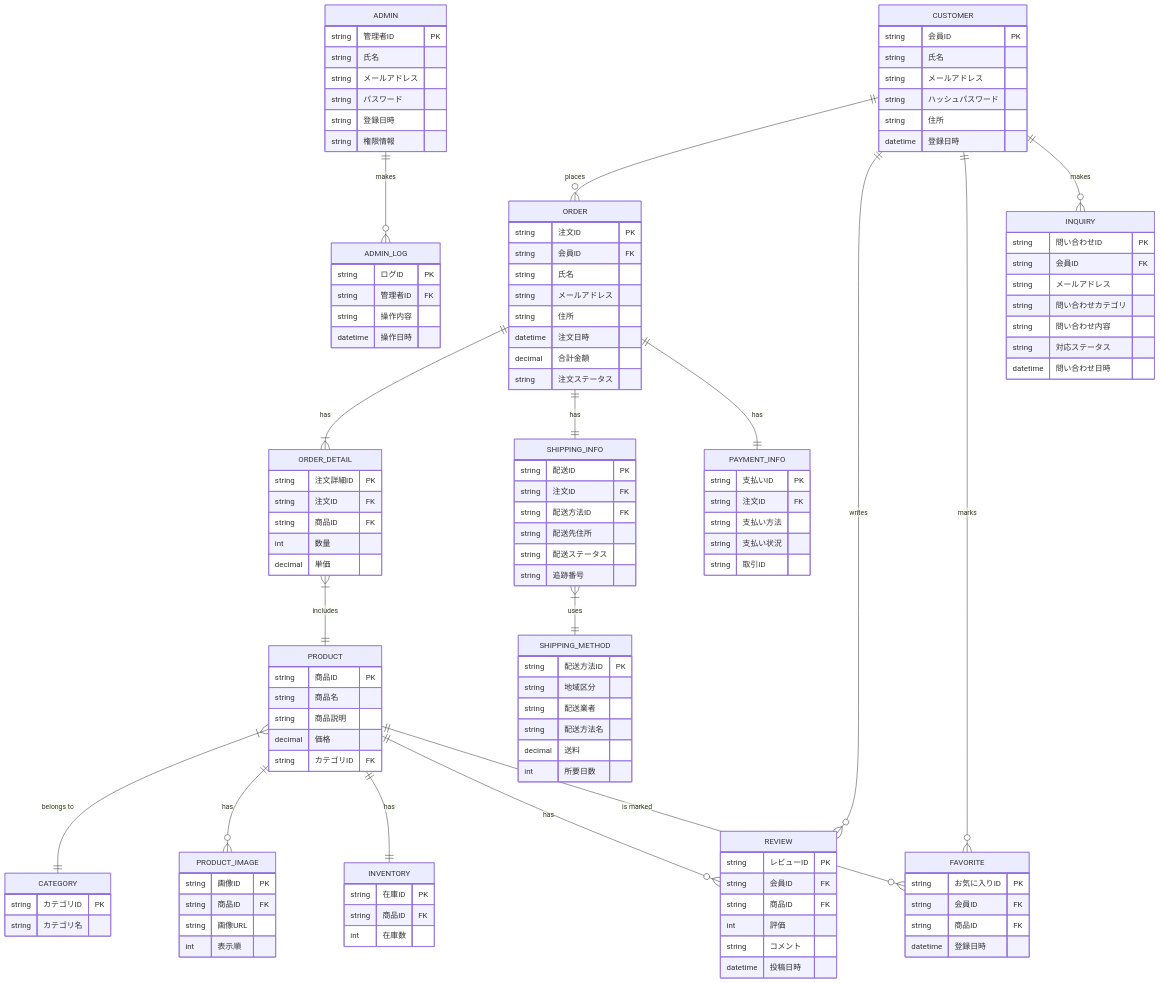
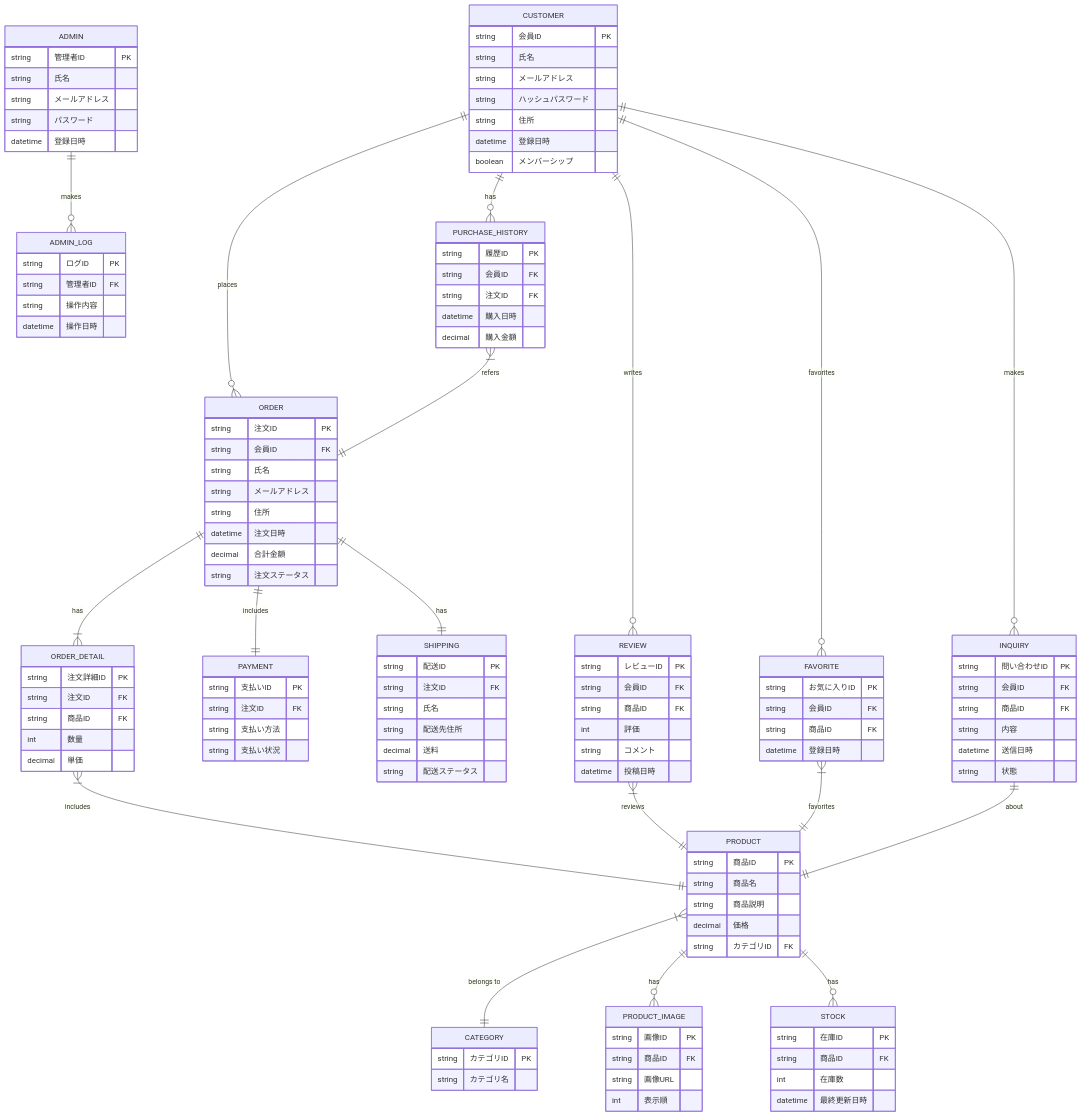
Before and after one commit to YUKlT0/Equipe: the fifth of 5 diagrams in 基本設計/D.md, drawn with Mermaid. The commit also changed other lines of this file, not shown here.

```diff
--- a/基本設計/D.md
+++ b/基本設計/D.md
@@ -341,23 +464,23 @@
 erDiagram
     CUSTOMER ||--o{ ORDER : "places"
     ORDER ||--|{ ORDER_DETAIL : "has"
+    ORDER ||--|| PAYMENT : "includes"
     ORDER_DETAIL }|--|| PRODUCT : "includes"
     PRODUCT }|--|| CATEGORY : "belongs to"
     PRODUCT ||--o{ PRODUCT_IMAGE : "has"
-    PRODUCT ||--|| INVENTORY : "has"
-    ORDER ||--|| SHIPPING_INFO : "has"
-    SHIPPING_INFO }|--|| SHIPPING_METHOD : "uses"
+    ORDER ||--|| SHIPPING : "has"
     ADMIN ||--o{ ADMIN_LOG : "makes"
 
+    PRODUCT ||--o{ STOCK : "has"
+    CUSTOMER ||--o{ PURCHASE_HISTORY : "has"
     CUSTOMER ||--o{ REVIEW : "writes"
-    PRODUCT ||--o{ REVIEW : "has"
-
-    CUSTOMER ||--o{ FAVORITE : "marks"
-    PRODUCT ||--o{ FAVORITE : "is marked"
-
+    CUSTOMER ||--o{ FAVORITE : "favorites"
     CUSTOMER ||--o{ INQUIRY : "makes"
 
-    ORDER ||--|| PAYMENT_INFO : "has"
+    PURCHASE_HISTORY }|--|| ORDER : "refers"
+    REVIEW }|--|| PRODUCT : "reviews"
+    FAVORITE }|--|| PRODUCT : "favorites"
+    INQUIRY ||--|| PRODUCT : "about"
 
     CUSTOMER {
         string 会員ID PK
@@ -366,6 +489,7 @@
         string ハッシュパスワード
         string 住所
         datetime 登録日時
+        boolean メンバーシップ
     }
 
     ADMIN {
@@ -373,8 +497,7 @@
         string 氏名
         string メールアドレス
         string パスワード
-        string 登録日時
-        string 権限情報
+        datetime 登録日時
     }
 
     ORDER {
@@ -409,12 +532,6 @@
         string カテゴリ名
     }
 
-    INVENTORY {
-        string 在庫ID PK
-        string 商品ID FK
-        int 在庫数
-    }
-
     PRODUCT_IMAGE {
         string 画像ID PK
         string 商品ID FK
@@ -422,22 +539,13 @@
         int 表示順
     }
 
-    SHIPPING_INFO {
+    SHIPPING {
         string 配送ID PK
         string 注文ID FK
-        string 配送方法ID FK
+        string 氏名
         string 配送先住所
+        decimal 送料
         string 配送ステータス
-        string 追跡番号
-    }
-
-    SHIPPING_METHOD {
-        string 配送方法ID PK
-        string 地域区分
-        string 配送業者
-        string 配送方法名
-        decimal 送料
-        int 所要日数
     }
 
     ADMIN_LOG {
@@ -447,12 +555,26 @@
         datetime 操作日時
     }
 
-    PAYMENT_INFO {
+    PAYMENT {
         string 支払いID PK
         string 注文ID FK
         string 支払い方法
         string 支払い状況
-        string 取引ID
+    }
+
+    STOCK {
+        string 在庫ID PK
+        string 商品ID FK
+        int 在庫数
+        datetime 最終更新日時
+    }
+
+    PURCHASE_HISTORY {
+        string 履歴ID PK
+        string 会員ID FK
+        string 注文ID FK
+        datetime 購入日時
+        decimal 購入金額
     }
 
     REVIEW {
@@ -474,10 +596,9 @@
     INQUIRY {
         string 問い合わせID PK
         string 会員ID FK
-        string メールアドレス
-        string 問い合わせカテゴリ
-        string 問い合わせ内容
-        string 対応ステータス
-        datetime 問い合わせ日時
+        string 商品ID FK
+        string 内容
+        datetime 送信日時
+        string 状態
     }
 </div>
```
